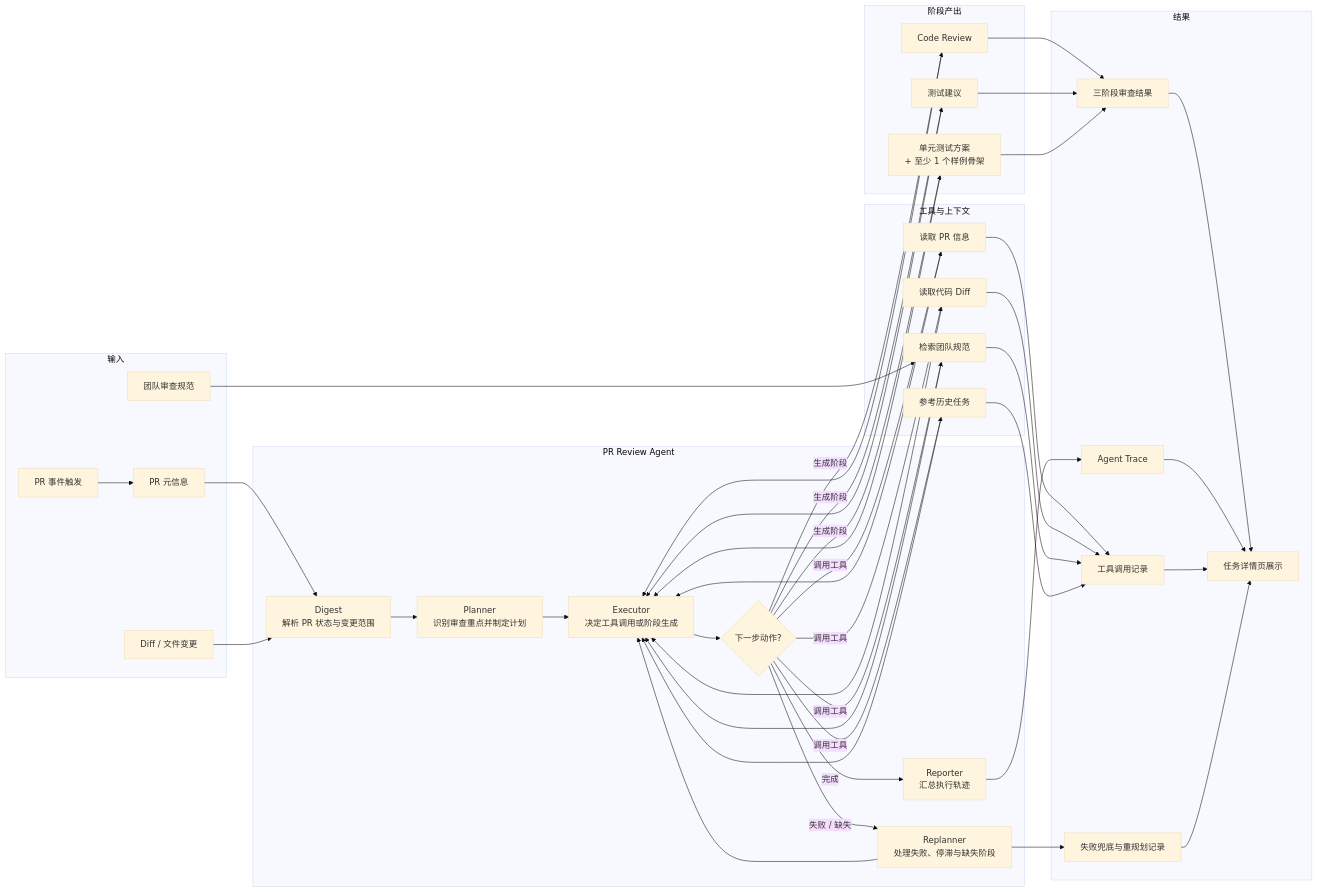
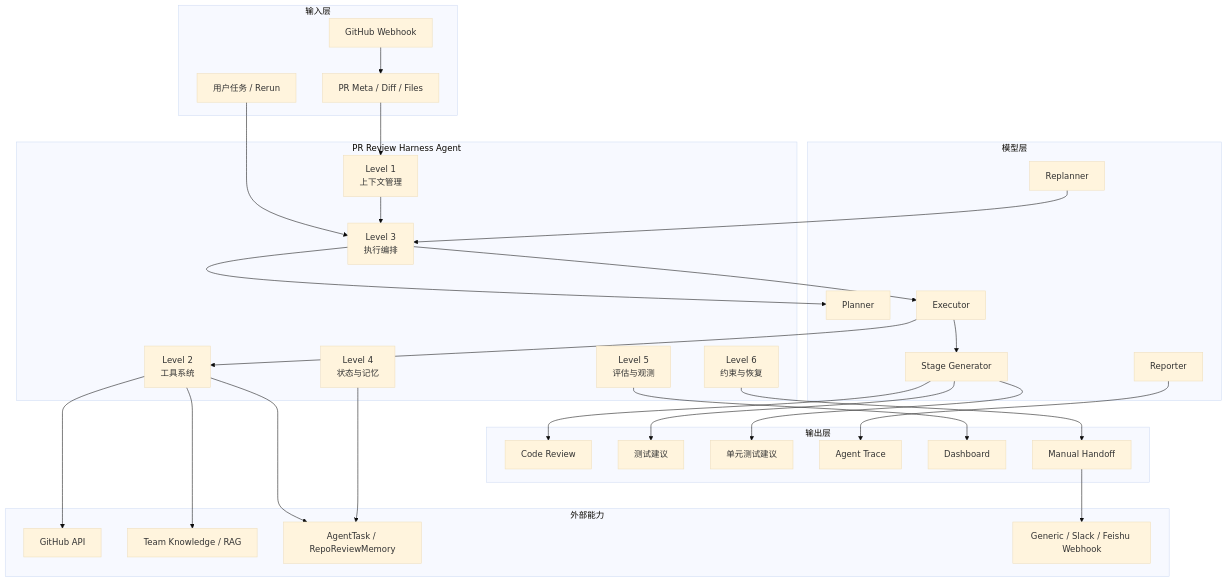
One commit to zw2497205736/AI changed the first of 12 diagrams in README.md. Above: the diagram before and after it, drawn with Mermaid (base theme). The commit also changed other lines of this file, not shown here.

````diff
--- a/README.md
+++ b/README.md
@@ -266,66 +38,61 @@
 ```mermaid
-flowchart LR
-  subgraph Request["输入"]
-    A1["PR 事件触发"]
-    A2["PR 元信息"]
-    A3["Diff / 文件变更"]
-    A4["团队审查规范"]
-  end
+flowchart TB
+    subgraph Input["输入层"]
+        GH["GitHub Webhook"]
+        PR["PR Meta / Diff / Files"]
+        User["用户任务 / Rerun"]
+    end
 
-  subgraph Agent["PR Review Agent"]
-    B1["Digest<br/>解析 PR 状态与变更范围"]
-    B2["Planner<br/>识别审查重点并制定计划"]
-    B3["Executor<br/>决定工具调用或阶段生成"]
-    B4{"下一步动作?"}
-    B5["Replanner<br/>处理失败、停滞与缺失阶段"]
-    B6["Reporter<br/>汇总执行轨迹"]
-  end
+    subgraph Harness["PR Review Harness Agent"]
+        Context["Level 1<br/>上下文管理"]
+        Tools["Level 2<br/>工具系统"]
+        Orchestration["Level 3<br/>执行编排"]
+        Memory["Level 4<br/>状态与记忆"]
+        Eval["Level 5<br/>评估与观测"]
+        Recovery["Level 6<br/>约束与恢复"]
+    end
 
-  subgraph Context["工具与上下文"]
-    C1["读取 PR 信息"]
-    C2["读取代码 Diff"]
-    C3["检索团队规范"]
-    C4["参考历史任务"]
-  end
+    subgraph LLM["模型层"]
+        Planner["Planner"]
+        Executor["Executor"]
+        Replanner["Replanner"]
+        Generator["Stage Generator"]
+        Reporter["Reporter"]
+    end
 
-  subgraph Stages["阶段产出"]
-    D1["Code Review"]
-    D2["测试建议"]
-    D3["单元测试方案<br/>+ 至少 1 个样例骨架"]
-  end
+    subgraph External["外部能力"]
+        GitHubAPI["GitHub API"]
+        RAG["Team Knowledge / RAG"]
+        DB["AgentTask / RepoReviewMemory"]
+        Alert["Generic / Slack / Feishu Webhook"]
+    end
 
-  subgraph Result["结果"]
-    E1["三阶段审查结果"]
-    E2["Agent Trace"]
-    E3["工具调用记录"]
-    E4["失败兜底与重规划记录"]
-    E5["任务详情页展示"]
-  end
+    subgraph Output["输出层"]
+        Review["Code Review"]
+        Test["测试建议"]
+        Unit["单元测试建议"]
+        Trace["Agent Trace"]
+        Dashboard["Dashboard"]
+        Handoff["Manual Handoff"]
+    end
 
-  A1 --> A2 --> B1
-  A3 --> B1
-  A4 --> C3
-  B1 --> B2 --> B3 --> B4
-  B4 -- 调用工具 --> C1 --> B3
-  B4 -- 调用工具 --> C2 --> B3
-  B4 -- 调用工具 --> C3 --> B3
-  B4 -- 调用工具 --> C4 --> B3
-  B4 -- 生成阶段 --> D1 --> B3
-  B4 -- 生成阶段 --> D2 --> B3
-  B4 -- 生成阶段 --> D3 --> B3
-  B4 -- 失败 / 缺失 --> B5 --> B3
-  B4 -- 完成 --> B6
-  D1 --> E1
-  D2 --> E1
-  D3 --> E1
-  B6 --> E2
-  C1 --> E3
-  C2 --> E3
-  C3 --> E3
-  C4 --> E3
-  B5 --> E4
-  E1 --> E5
-  E2 --> E5
-  E3 --> E5
-  E4 --> E5
+    GH --> PR --> Context
+    User --> Orchestration
+    Context --> Orchestration
+    Orchestration --> Planner
+    Orchestration --> Executor
+    Executor --> Tools
+    Tools --> GitHubAPI
+    Tools --> RAG
+    Tools --> DB
+    Executor --> Generator
+    Generator --> Review
+    Generator --> Test
+    Generator --> Unit
+    Replanner --> Orchestration
+    Reporter --> Trace
+    Memory --> DB
+    Eval --> Dashboard
+    Recovery --> Handoff
+    Handoff --> Alert
 ```
````
